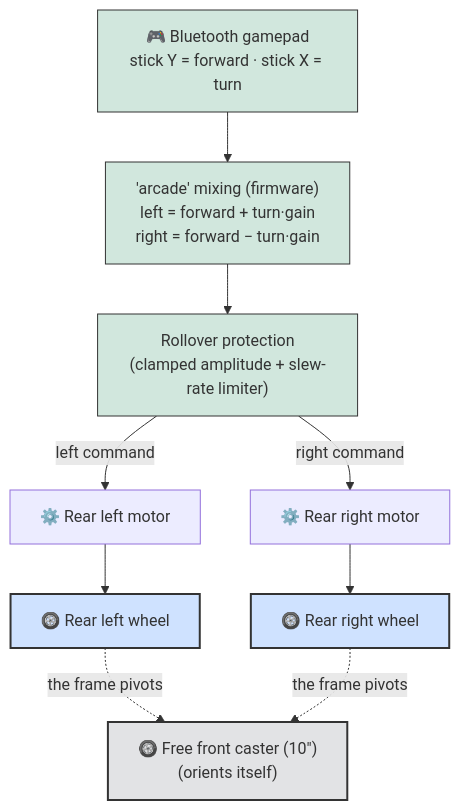
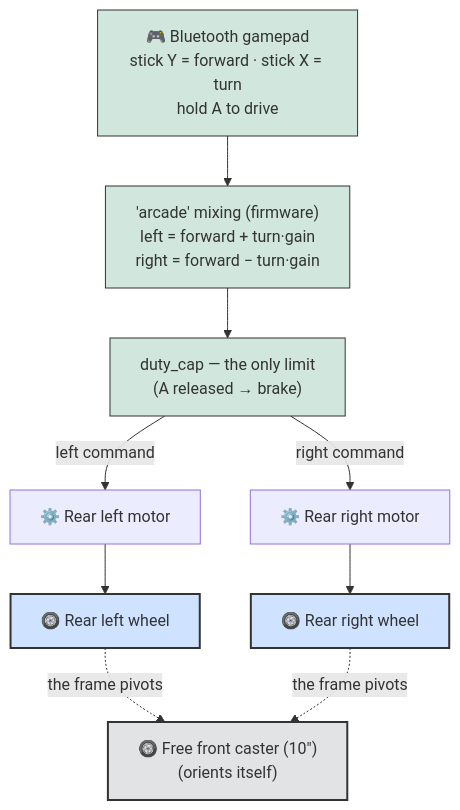
One commit to pinkymaxou/powered-soapbox-car changed the fourth of 9 diagrams in README.md. Above: the diagram before and after it, drawn with Mermaid. The commit also changed other lines of this file and 48 other files, not shown here.

````diff
--- a/README.md
+++ b/README.md
@@ -243,24 +244,24 @@
 ```mermaid
 flowchart TD
-    PAD["🎮 Bluetooth gamepad<br/>stick Y = forward · stick X = turn"]
+    PAD["🎮 Bluetooth gamepad<br/>stick Y = forward · stick X = turn<br/>hold A to drive"]
     MIX["'arcade' mixing (firmware)<br/>left = forward + turn·gain<br/>right = forward − turn·gain"]
-    LIM["Rollover protection<br/>(clamped amplitude + slew-rate limiter)"]
+    LIM["duty_cap — the only limit<br/>(A released → brake)"]
     ML["⚙️ Rear left motor"]
     MR["⚙️ Rear right motor"]
     RG["🛞 Rear left wheel"]
     RD["🛞 Rear right wheel"]
     CAS["🛞 Free front caster (10″)<br/>(orients itself)"]
 
     PAD --> MIX --> LIM
     LIM -- "left command" --> ML --> RG
     LIM -- "right command" --> MR --> RD
     RG -. "the frame pivots" .-> CAS
     RD -. "the frame pivots" .-> CAS
 
     classDef cmd fill:#d1e7dd,stroke:#333;
     classDef mobile fill:#cfe2ff,stroke:#333,stroke-width:2px;
     classDef caster fill:#e2e3e5,stroke:#333,stroke-width:2px;
     class PAD,MIX,LIM cmd;
     class RG,RD mobile;
     class CAS caster;
 ```
````
